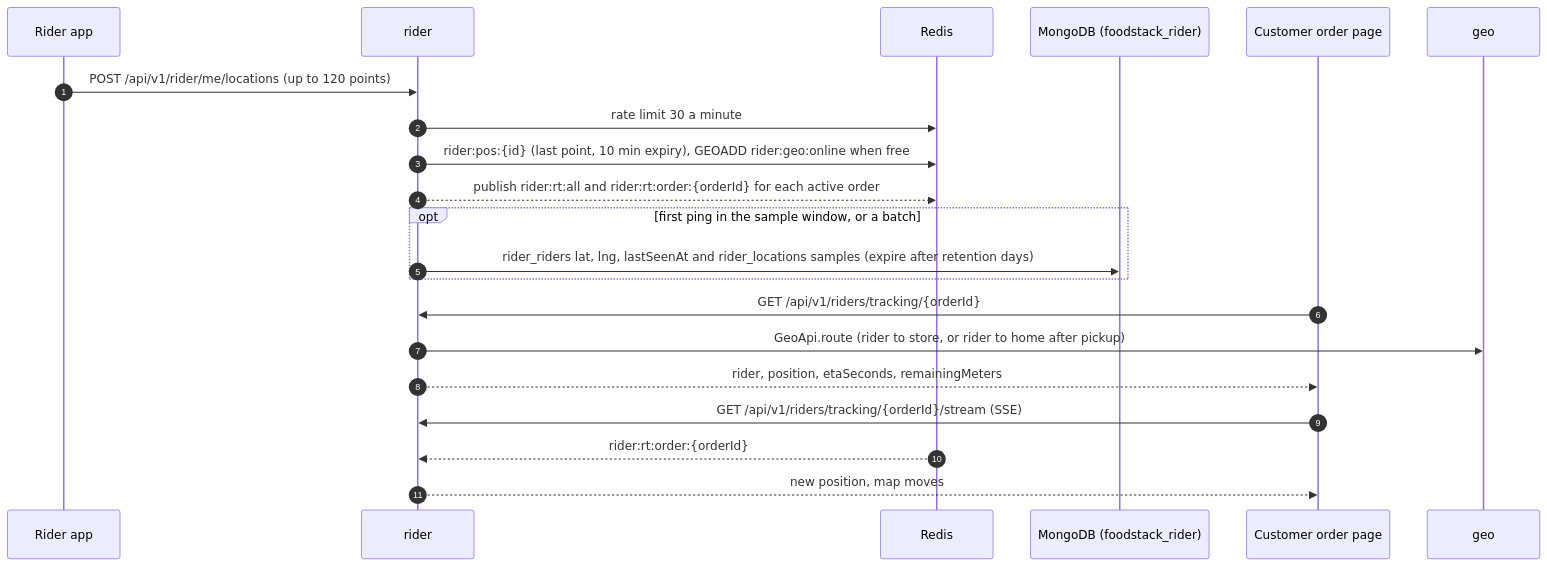
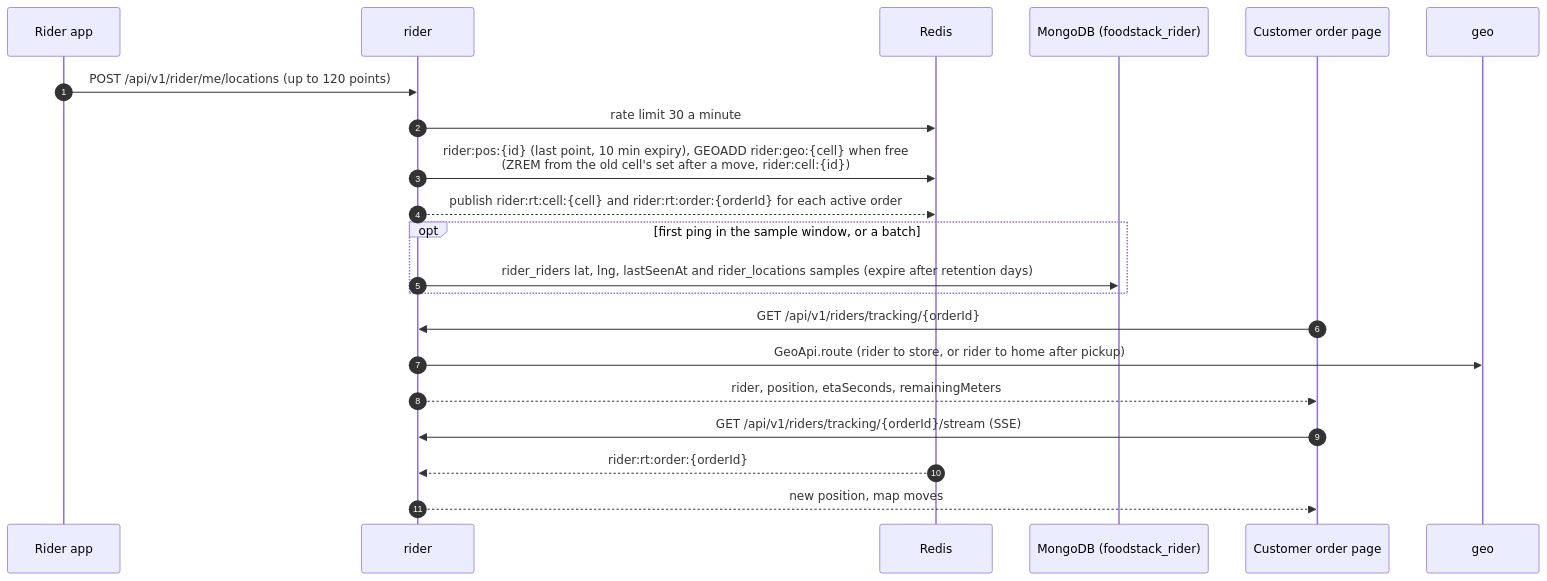
One commit to ilyaslabs/foodstack changed the fourth of 10 diagrams in docs/architecture/07-delivery-flows.md. Above: the diagram before and after it, drawn with Mermaid. The commit also changed other lines of this file and 11 other files, not shown here.

First line of the commit message:
Docs for the scale-out work: BRD, PRD, TDD 7.3-7.5, 9.1 and 25, deployment guide, flows

````diff
--- a/docs/architecture/07-delivery-flows.md
+++ b/docs/architecture/07-delivery-flows.md
@@ -113,24 +113,24 @@
 ```mermaid
 sequenceDiagram
     autonumber
     participant Rd as Rider app
     participant Rc as rider
     participant R as Redis
     participant M as MongoDB (foodstack_rider)
     participant Cu as Customer order page
     participant Gc as geo
 
     Rd->>Rc: POST /api/v1/rider/me/locations (up to 120 points)
     Rc->>R: rate limit 30 a minute
-    Rc->>R: rider:pos:{id} (last point, 10 min expiry), GEOADD rider:geo:online when free
-    Rc-->>R: publish rider:rt:all and rider:rt:order:{orderId} for each active order
+    Rc->>R: rider:pos:{id} (last point, 10 min expiry), GEOADD rider:geo:{cell} when free<br/>(ZREM from the old cell's set after a move, rider:cell:{id})
+    Rc-->>R: publish rider:rt:cell:{cell} and rider:rt:order:{orderId} for each active order
     opt first ping in the sample window, or a batch
         Rc->>M: rider_riders lat, lng, lastSeenAt and rider_locations samples (expire after retention days)
     end
     Cu->>Rc: GET /api/v1/riders/tracking/{orderId}
     Rc->>Gc: GeoApi.route (rider to store, or rider to home after pickup)
     Rc-->>Cu: rider, position, etaSeconds, remainingMeters
     Cu->>Rc: GET /api/v1/riders/tracking/{orderId}/stream (SSE)
     R-->>Rc: rider:rt:order:{orderId}
     Rc-->>Cu: new position, map moves
 ```
````
